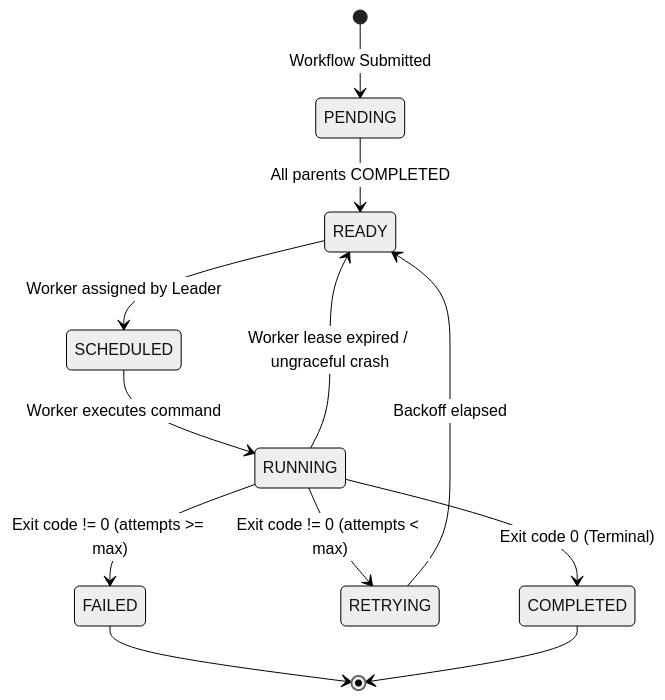
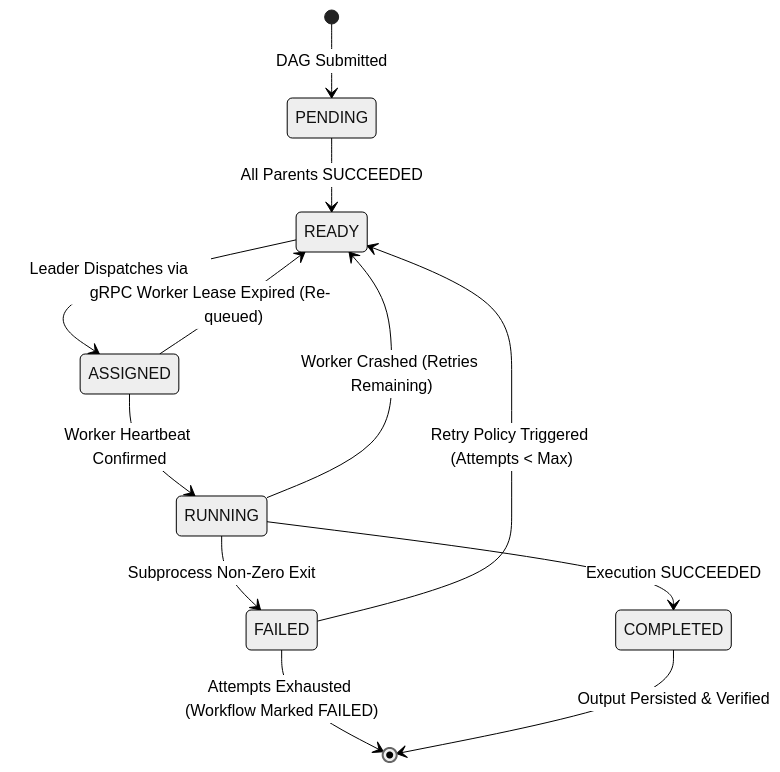
Before and after one commit to OmWattamwar2911/orchestra: the second of 4 diagrams in README.md, drawn with Mermaid (neutral theme). The commit also changed other lines of this file and 40 other files, not shown here.

````diff
--- a/README.md
+++ b/README.md
@@ -123,14 +150,14 @@
 ```mermaid
 stateDiagram-v2
-    [*] --> PENDING: Workflow Submitted
-    PENDING --> READY: All parents COMPLETED
-    READY --> SCHEDULED: Worker assigned by Leader
-    SCHEDULED --> RUNNING: Worker executes command
-    RUNNING --> COMPLETED: Exit code 0 (Terminal)
-    RUNNING --> READY: Worker lease expired / ungraceful crash
-    RUNNING --> RETRYING: Exit code != 0 (attempts < max)
-    RETRYING --> READY: Backoff elapsed
-    RUNNING --> FAILED: Exit code != 0 (attempts >= max)
-    FAILED --> [*]
-    COMPLETED --> [*]
+    [*] --> PENDING: DAG Submitted
+    PENDING --> READY: All Parents SUCCEEDED
+    READY --> ASSIGNED: Leader Dispatches via gRPC
+    ASSIGNED --> RUNNING: Worker Heartbeat Confirmed
+    RUNNING --> COMPLETED: Execution SUCCEEDED
+    RUNNING --> FAILED: Subprocess Non-Zero Exit
+    ASSIGNED --> READY: Worker Lease Expired (Re-queued)
+    RUNNING --> READY: Worker Crashed (Retries Remaining)
+    FAILED --> READY: Retry Policy Triggered (Attempts < Max)
+    FAILED --> [*]: Attempts Exhausted (Workflow Marked FAILED)
+    COMPLETED --> [*]: Output Persisted & Verified
 ```
````
